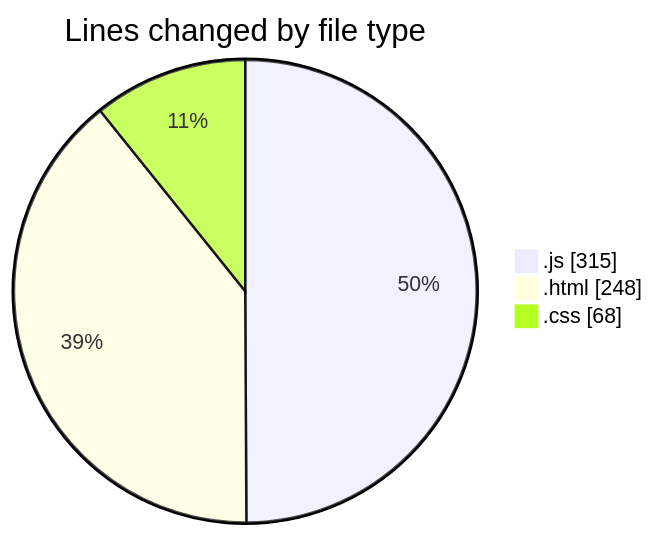
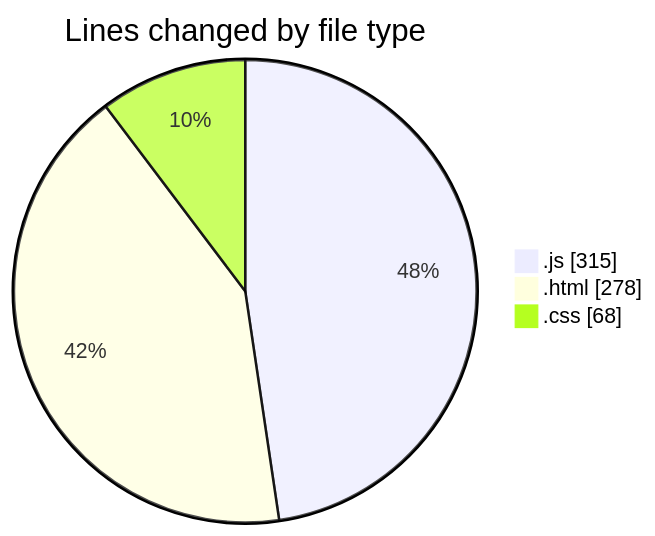
One commit to Ritupan-Deka/code-tracking changed the first of 2 diagrams in 2025-01-24/projects/README.md. Above: the diagram before and after it, drawn with Mermaid. The commit also changed other lines of this file and 1 other file, not shown here.

````diff
--- a/2025-01-24/projects/README.md
+++ b/2025-01-24/projects/README.md
@@ -30,7 +31,7 @@
 ```mermaid
 pie showData
 title Lines changed by file type
 ".js" : 315
-".html" : 248
+".html" : 278
 ".css" : 68
 ```
````
